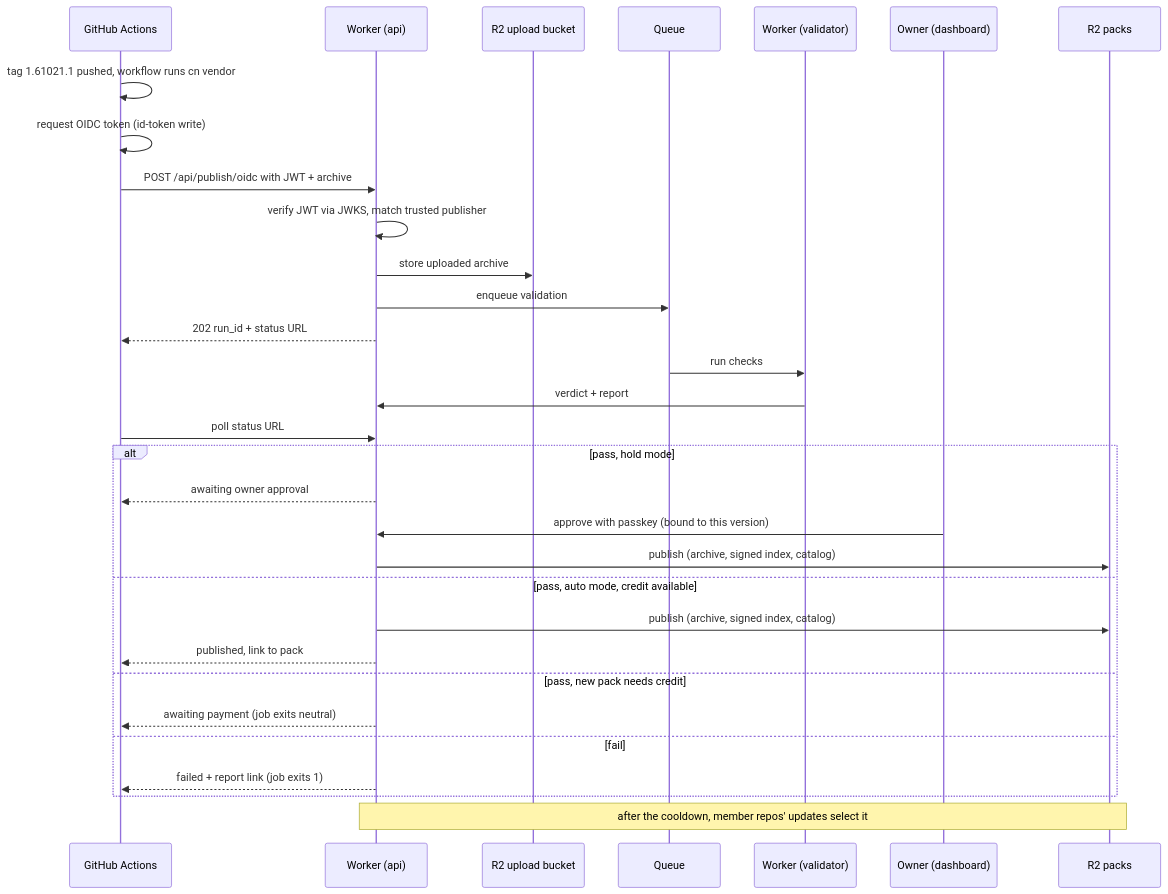
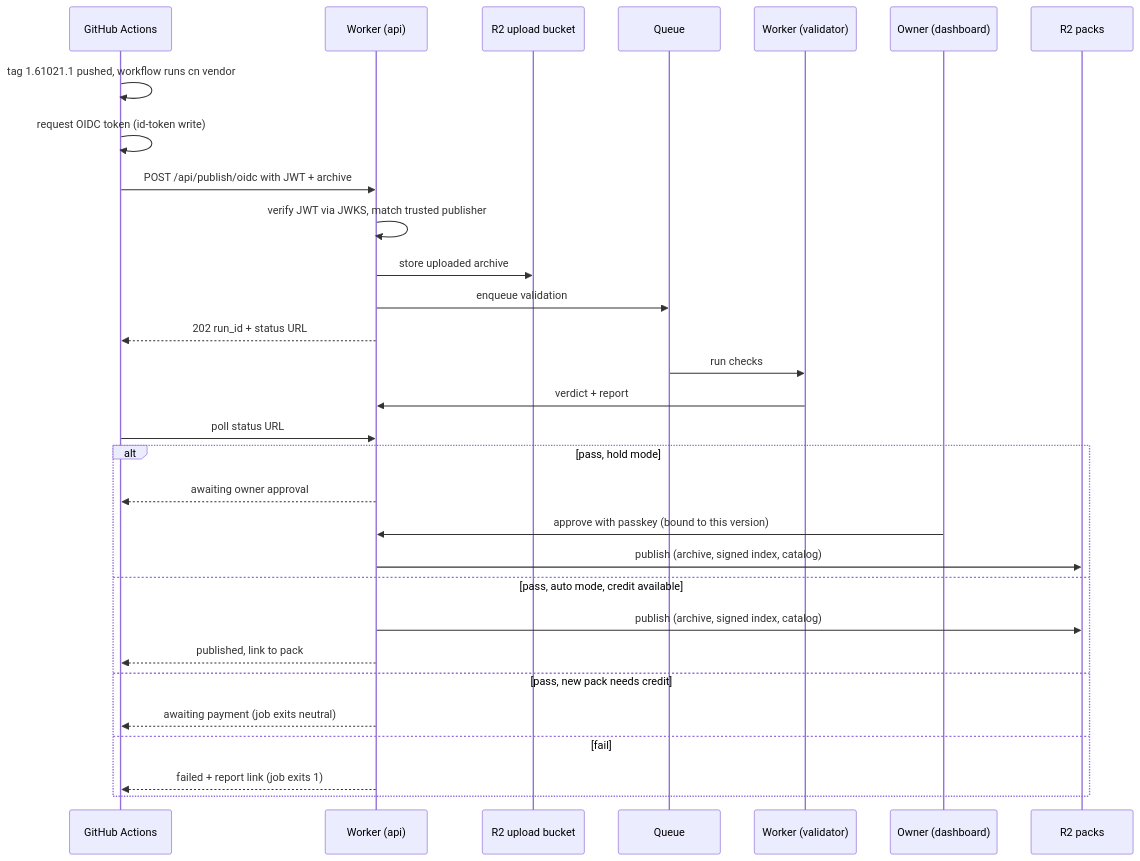
One commit to Claudinite/PackServer changed the sixth of 13 diagrams in docs/ui/flows.md. Above: the diagram before and after it, drawn with Mermaid. The commit also changed other lines of this file and 6 other files, not shown here.

````diff
--- a/docs/ui/flows.md
+++ b/docs/ui/flows.md
@@ -243,33 +243,32 @@
 ```mermaid
 sequenceDiagram
   participant GH as GitHub Actions
   participant W as Worker (api)
   participant R2s as R2 upload bucket
   participant Q as Queue
   participant V as Worker (validator)
   participant O as Owner (dashboard)
   participant R2 as R2 packs
   GH->>GH: tag 1.61021.1 pushed, workflow runs cn vendor
   GH->>GH: request OIDC token (id-token write)
   GH->>W: POST /api/publish/oidc with JWT + archive
   W->>W: verify JWT via JWKS, match trusted publisher
   W->>R2s: store uploaded archive
   W->>Q: enqueue validation
   W-->>GH: 202 run_id + status URL
   Q->>V: run checks
   V->>W: verdict + report
   GH->>W: poll status URL
   alt pass, hold mode
     W-->>GH: awaiting owner approval
     O->>W: approve with passkey (bound to this version)
     W->>R2: publish (archive, signed index, catalog)
   else pass, auto mode, credit available
     W->>R2: publish (archive, signed index, catalog)
     W-->>GH: published, link to pack
   else pass, new pack needs credit
     W-->>GH: awaiting payment (job exits neutral)
   else fail
     W-->>GH: failed + report link (job exits 1)
   end
-  Note over W,R2: after the cooldown, member repos' updates select it
 ```
````
